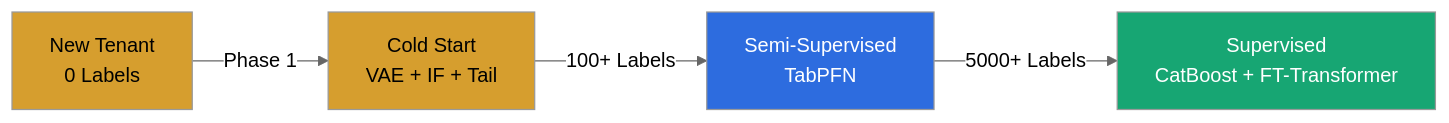
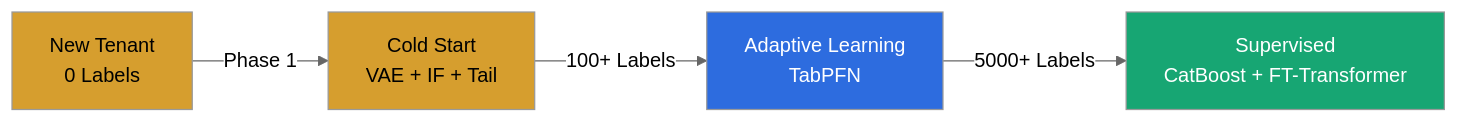
One commit to Tadeni00/RiskLens changed the second of 2 diagrams in README.md. Above: the diagram before and after it, drawn with Mermaid (neutral theme). The commit also changed other lines of this file and 36 other files, not shown here.

First line of the commit message:
feat: redesign Layer 2 as Adaptive Learning Layer with AdaptiveLearner abstraction

````diff
--- a/README.md
+++ b/README.md
@@ -130,11 +130,11 @@
 ```mermaid
 graph LR
     A["New Tenant<br/>0 Labels"] -->|"Phase 1"| B["Cold Start<br/>VAE + IF + Tail"]
-    B -->|"100+ Labels"| C["Semi-Supervised<br/>TabPFN"]
+    B -->|"100+ Labels"| C["Adaptive Learning<br/>TabPFN"]
     C -->|"5000+ Labels"| D["Supervised<br/>CatBoost + FT-Transformer"]
 
     style A fill:#D69E2E,color:#000
     style B fill:#D69E2E,color:#000
     style C fill:#2D6CDF,color:#fff
     style D fill:#17A673,color:#fff
 ```
````
